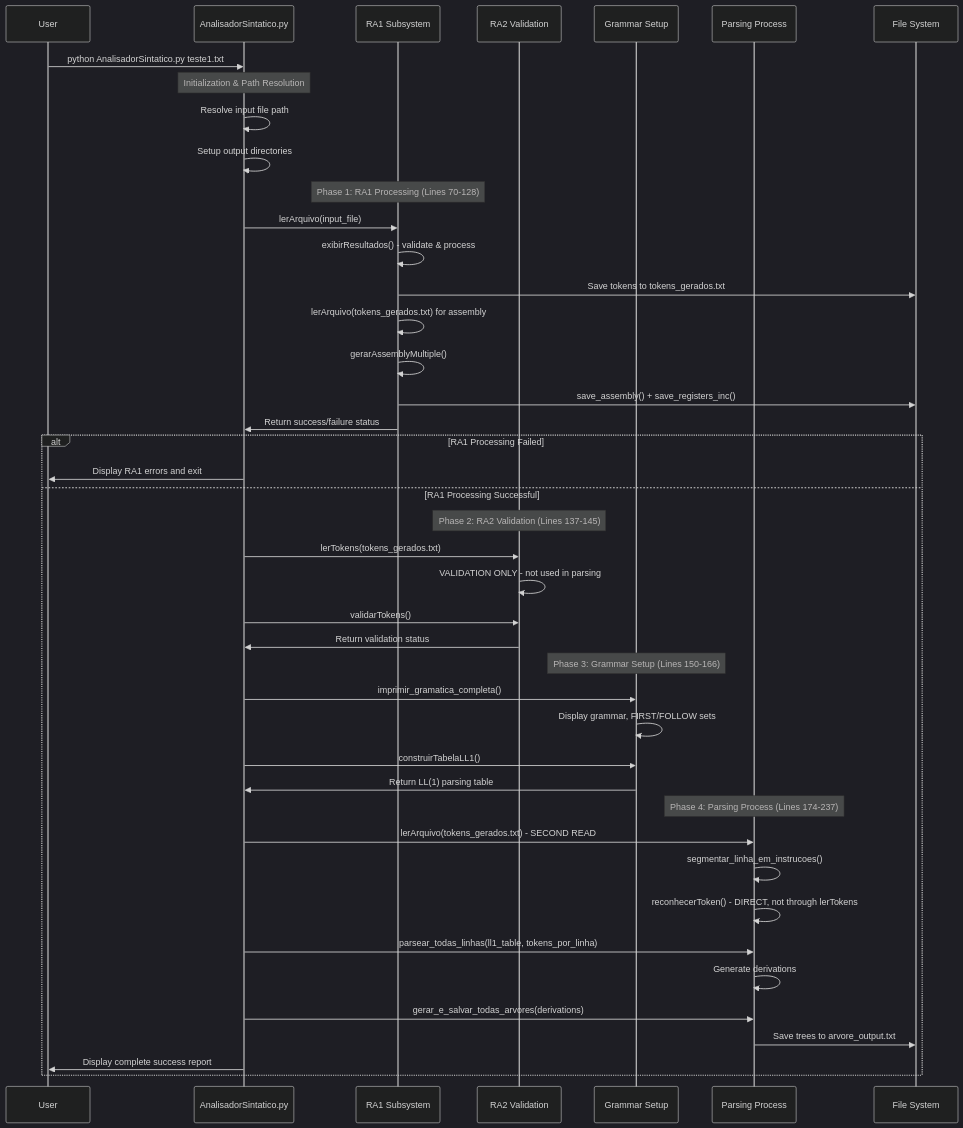
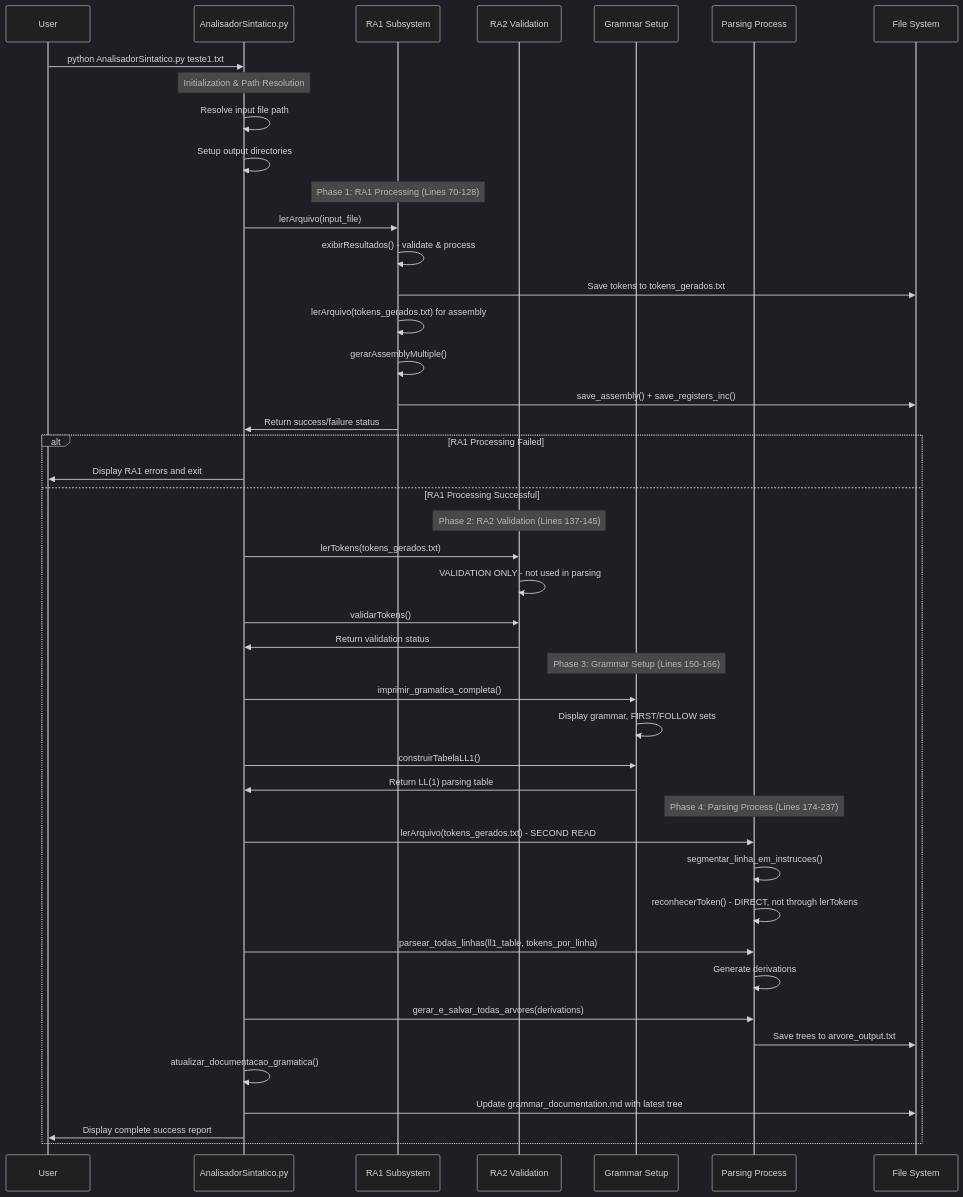
The sixth of 6 diagrams in flowcharts/RA2/RA2_Architecture_Overview.md (waifuisalie/RA2_1), drawn with Mermaid before and after one commit. The commit also changed other lines of this file and 2 other files, not shown here.

Commit message:
updating the flowcharts with the new function that updates the grammar_documentation.md

````diff
--- a/flowcharts/RA2/RA2_Architecture_Overview.md
+++ b/flowcharts/RA2/RA2_Architecture_Overview.md
@@ -242,53 +248,55 @@
 ```mermaid
 %%{init: {'theme': 'dark'}}%%
 sequenceDiagram
     participant User
     participant Main as AnalisadorSintatico.py
     participant RA1 as RA1 Subsystem
     participant Validation as RA2 Validation
     participant Grammar as Grammar Setup
     participant Parser as Parsing Process
     participant Output as File System
 
     User->>Main: python AnalisadorSintatico.py teste1.txt
 
     Note over Main: Initialization & Path Resolution
     Main->>Main: Resolve input file path
     Main->>Main: Setup output directories
 
     Note over RA1: Phase 1: RA1 Processing (Lines 70-128)
     Main->>RA1: lerArquivo(input_file)
     RA1->>RA1: exibirResultados() - validate & process
     RA1->>Output: Save tokens to tokens_gerados.txt
     RA1->>RA1: lerArquivo(tokens_gerados.txt) for assembly
     RA1->>RA1: gerarAssemblyMultiple()
     RA1->>Output: save_assembly() + save_registers_inc()
     RA1->>Main: Return success/failure status
 
     alt RA1 Processing Failed
         Main->>User: Display RA1 errors and exit
     else RA1 Processing Successful
         Note over Validation: Phase 2: RA2 Validation (Lines 137-145)
         Main->>Validation: lerTokens(tokens_gerados.txt)
         Validation->>Validation: VALIDATION ONLY - not used in parsing
         Main->>Validation: validarTokens()
         Validation->>Main: Return validation status
 
         Note over Grammar: Phase 3: Grammar Setup (Lines 150-166)
         Main->>Grammar: imprimir_gramatica_completa()
         Grammar->>Grammar: Display grammar, FIRST/FOLLOW sets
         Main->>Grammar: construirTabelaLL1()
         Grammar->>Main: Return LL(1) parsing table
 
         Note over Parser: Phase 4: Parsing Process (Lines 174-237)
         Main->>Parser: lerArquivo(tokens_gerados.txt) - SECOND READ
         Parser->>Parser: segmentar_linha_em_instrucoes()
         Parser->>Parser: reconhecerToken() - DIRECT, not through lerTokens
         Main->>Parser: parsear_todas_linhas(ll1_table, tokens_por_linha)
         Parser->>Parser: Generate derivations
         Main->>Parser: gerar_e_salvar_todas_arvores(derivations)
         Parser->>Output: Save trees to arvore_output.txt
+        Main->>Main: atualizar_documentacao_gramatica()
+        Main->>Output: Update grammar_documentation.md with latest tree
 
         Main->>User: Display complete success report
     end
 ```
````
